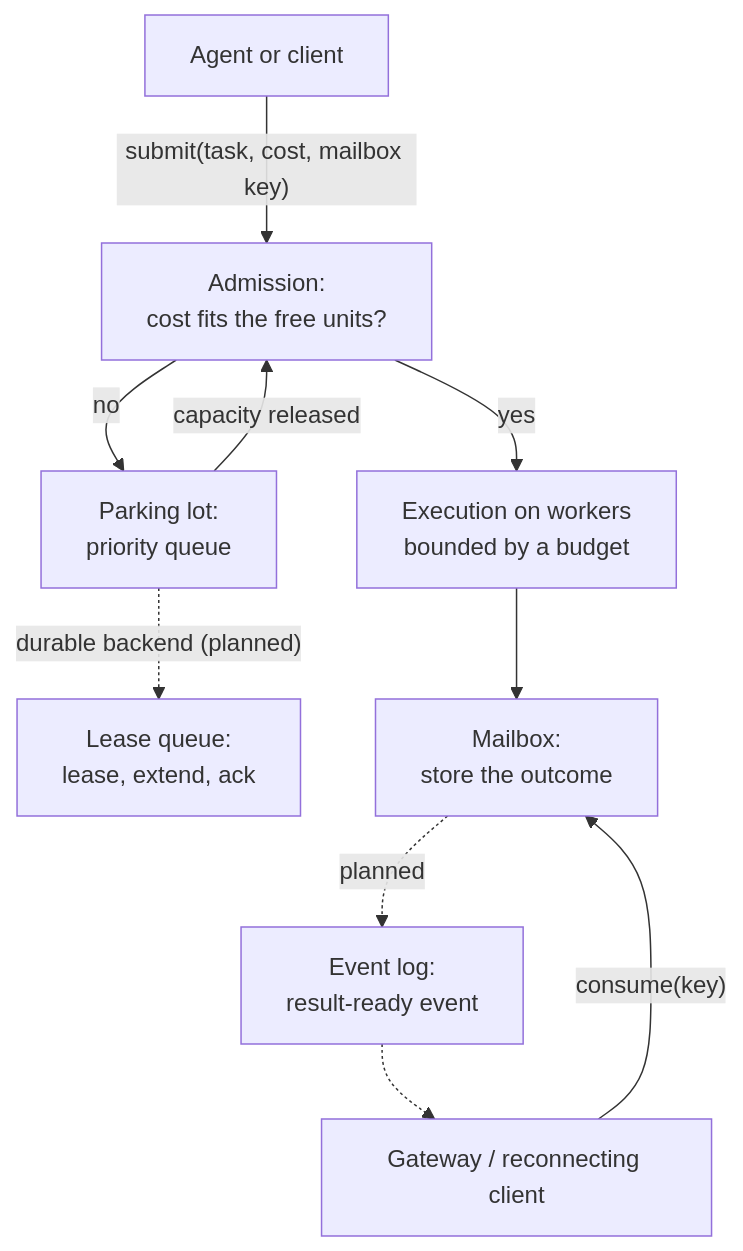
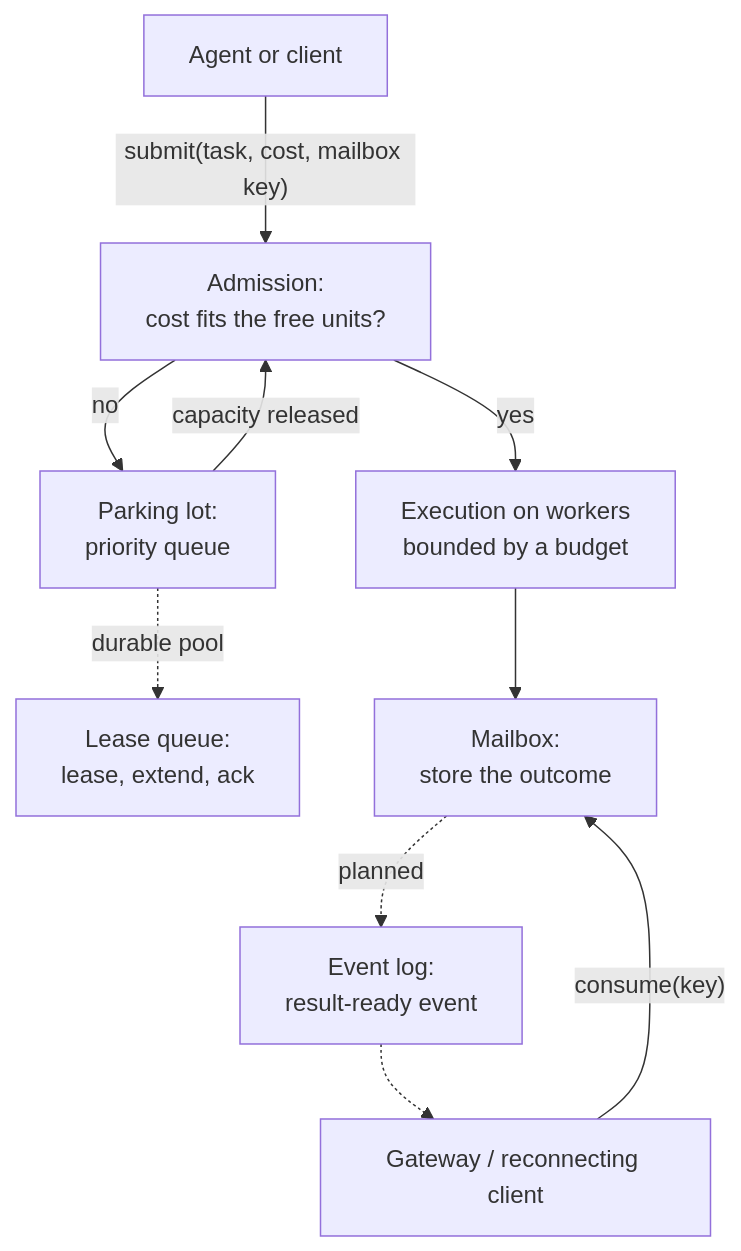
One commit to Prometheus-AGS/prometheus-parking-lot-rs changed the diagram in website/docs/concepts/agentic-value.md. Above: the diagram before and after it, drawn with Mermaid. The commit also changed other lines of this file and 7 other files, not shown here.

````diff
--- a/website/docs/concepts/agentic-value.md
+++ b/website/docs/concepts/agentic-value.md
@@ -68,12 +68,12 @@
 ```mermaid
 flowchart TD
   C["Agent or client"] -->|"submit(task, cost, mailbox key)"| A["Admission:<br/>cost fits the free units?"]
   A -->|no| PL["Parking lot:<br/>priority queue"]
   A -->|yes| X["Execution on workers<br/>bounded by a budget"]
   PL -->|"capacity released"| A
-  PL -.->|"durable backend (planned)"| LQ["Lease queue:<br/>lease, extend, ack"]
+  PL -.->|"durable pool"| LQ["Lease queue:<br/>lease, extend, ack"]
   X --> MB["Mailbox:<br/>store the outcome"]
   MB -.->|"planned"| EV["Event log:<br/>result-ready event"]
   EV -.-> GW["Gateway / reconnecting client"]
   GW -->|"consume(key)"| MB
 ```
````
